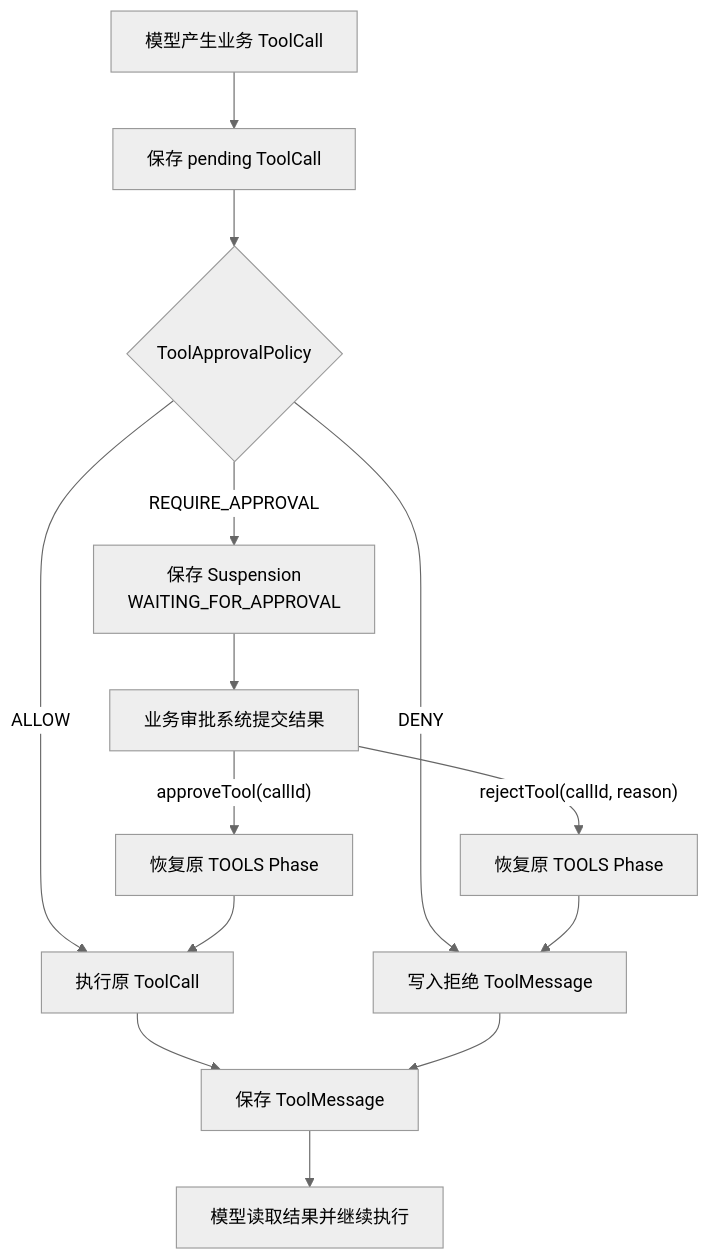
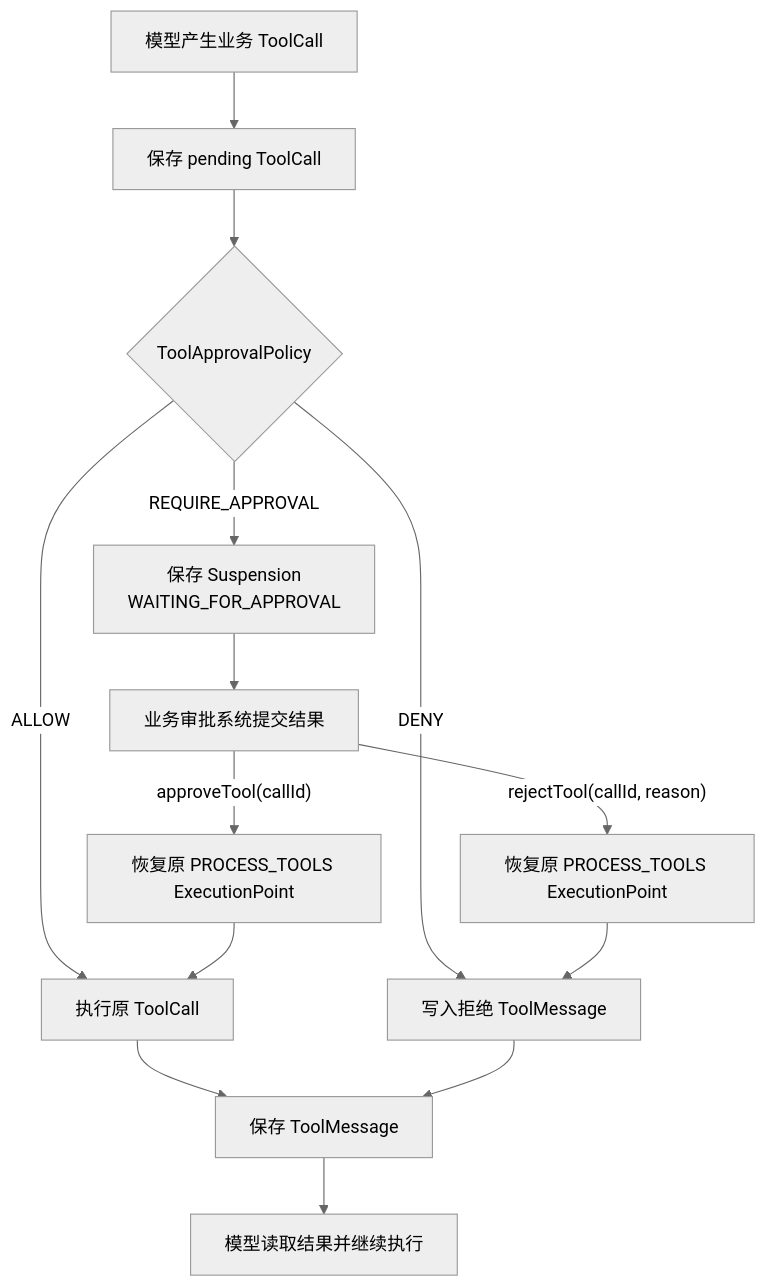
Before and after one commit to agents-flex/agents-flex: the diagram in docs/zh/agent/human-approval.md, drawn with Mermaid (neutral theme). The commit also changed other lines of this file and 40 other files, not shown here.

Commit message:
feat(agent): replace AgentTurnPhase with AgentTurnExecutionPoint for external tool execution

````diff
--- a/docs/zh/agent/human-approval.md
+++ b/docs/zh/agent/human-approval.md
@@ -134,18 +134,18 @@
 ```mermaid
 flowchart TD
     Model["模型产生业务 ToolCall"] --> Saved["保存 pending ToolCall"]
     Saved --> Policy{"ToolApprovalPolicy"}
     Policy -->|"ALLOW"| Execute["执行原 ToolCall"]
     Policy -->|"DENY"| Rejected["写入拒绝 ToolMessage"]
     Policy -->|"REQUIRE_APPROVAL"| Waiting["保存 Suspension<br/>WAITING_FOR_APPROVAL"]
 
     Waiting --> Decision["业务审批系统提交结果"]
-    Decision -->|"approveTool(callId)"| ResumeAllow["恢复原 TOOLS Phase"]
-    Decision -->|"rejectTool(callId, reason)"| ResumeDeny["恢复原 TOOLS Phase"]
+    Decision -->|"approveTool(callId)"| ResumeAllow["恢复原 PROCESS_TOOLS ExecutionPoint"]
+    Decision -->|"rejectTool(callId, reason)"| ResumeDeny["恢复原 PROCESS_TOOLS ExecutionPoint"]
     ResumeAllow --> Execute
     ResumeDeny --> Rejected
 
     Execute --> Result["保存 ToolMessage"]
     Rejected --> Result
     Result --> Continue["模型读取结果并继续执行"]
 ```
````
